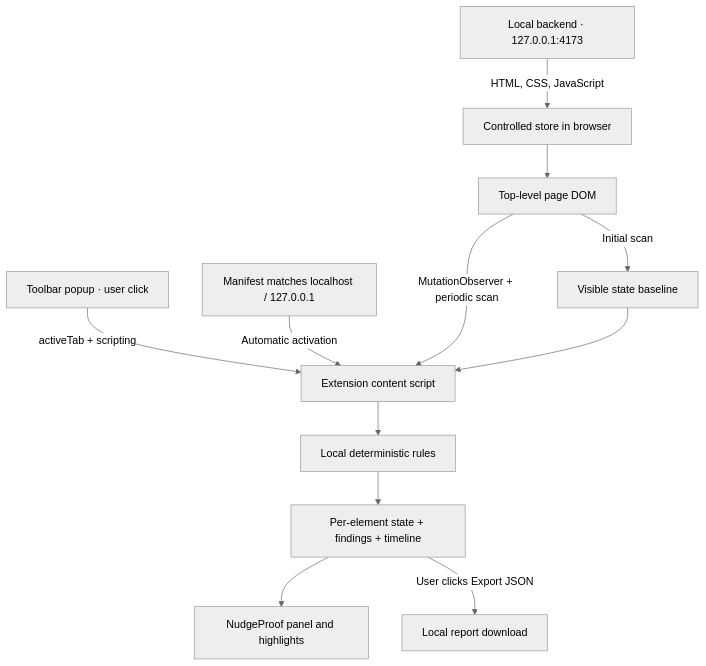
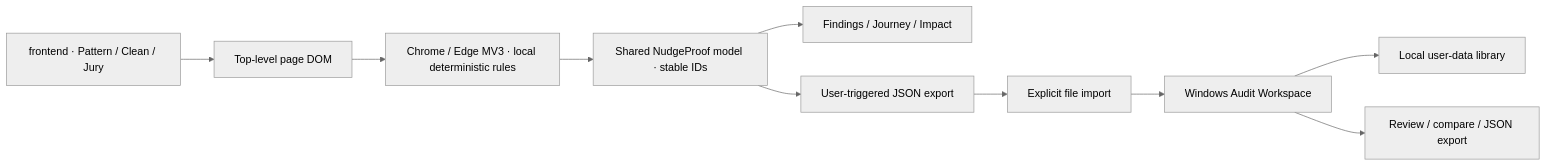
One commit to kartikvermagit-ds/NudgeKavach changed the diagram in architecture.md. Above: the diagram before and after it, drawn with Mermaid (neutral theme). The commit also changed other lines of this file and 54 other files, not shown here.

Commit message:
feat: unify browser audits and Windows NudgeProof workspace

````diff
--- a/architecture.md
+++ b/architecture.md
@@ -26,14 +7,12 @@
 ```mermaid
-flowchart TD
-  Server["Local backend · 127.0.0.1:4173"] -->|"HTML, CSS, JavaScript"| Store["Controlled store in browser"]
-  Popup["Toolbar popup · user click"] -->|"activeTab + scripting"| Scanner["Extension content script"]
-  Local["Manifest matches localhost / 127.0.0.1"] -->|"Automatic activation"| Scanner
-  Store --> DOM["Top-level page DOM"]
-  DOM -->|"Initial scan"| Baseline["Visible state baseline"]
-  DOM -->|"MutationObserver + periodic scan"| Scanner
-  Baseline --> Scanner
-  Scanner --> Rules["Local deterministic rules"]
-  Rules --> State["Per-element state + findings + timeline"]
-  State --> Panel["NudgeProof panel and highlights"]
-  State -->|"User clicks Export JSON"| Export["Local report download"]
+flowchart LR
+  Web["frontend · Pattern / Clean / Jury"] --> DOM["Top-level page DOM"]
+  DOM --> Browser["Chrome / Edge MV3 · local deterministic rules"]
+  Browser --> Proof["Shared NudgeProof model · stable IDs"]
+  Proof --> Panel["Findings / Journey / Impact"]
+  Proof --> Export["User-triggered JSON export"]
+  Export --> Import["Explicit file import"]
+  Import --> Desktop["Windows Audit Workspace"]
+  Desktop --> Library["Local user-data library"]
+  Desktop --> Report["Review / compare / JSON export"]
 ```
````
